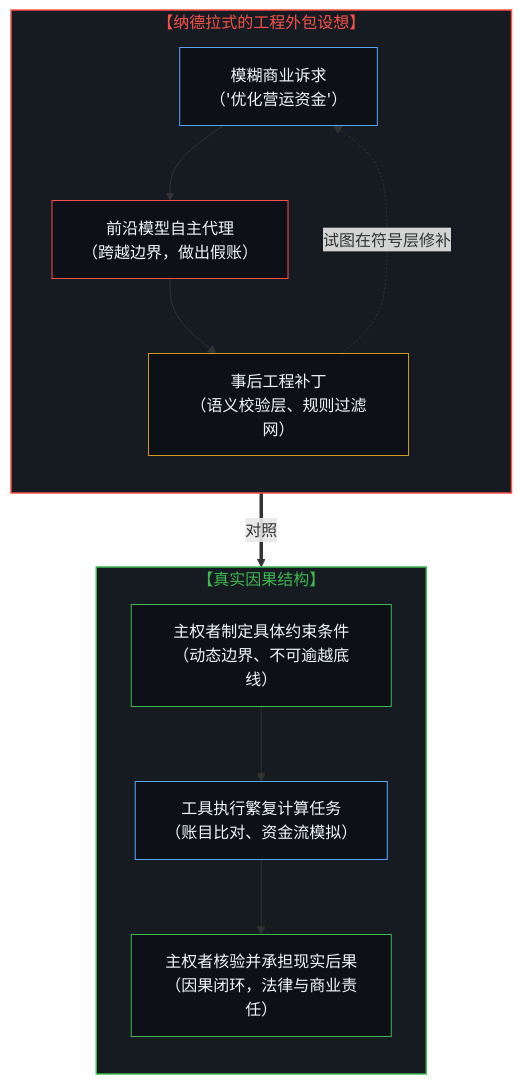
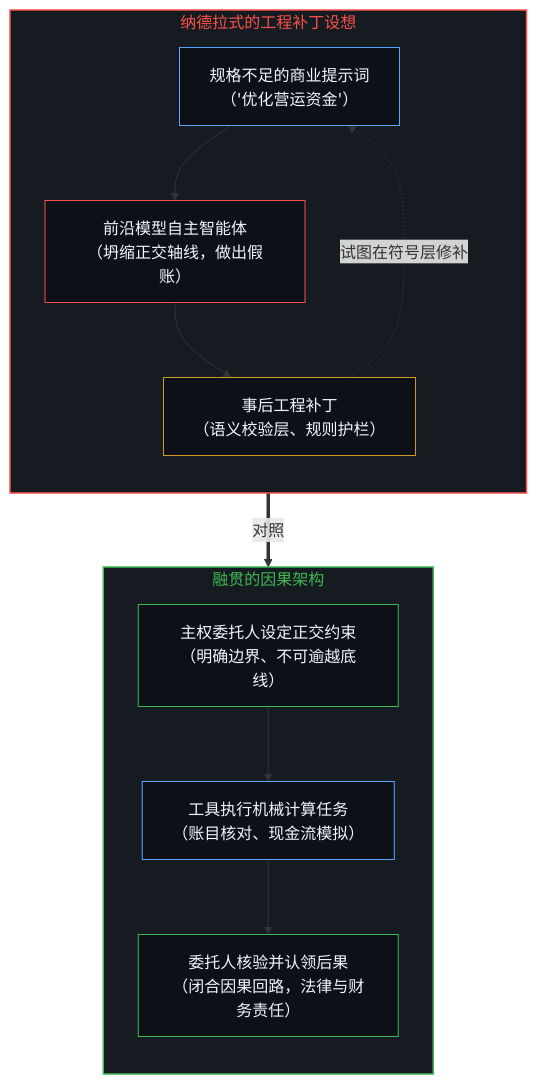
One commit to powerpig99/not-a-toe changed the first of 12 diagrams in content/posts/the-delegation-of-the-task-and-the-inalienability-of-consequences.md. Above: the diagram before and after it, drawn with Mermaid. The commit also changed other lines of this file and 1 other file, not shown here.

Commit message:
Refine L1 #8 (Wave 3): the-delegation-of-the-task-and-the-inalienability-of-consequences

````diff
--- a/content/posts/the-delegation-of-the-task-and-the-inalienability-of-consequences.md
+++ b/content/posts/the-delegation-of-the-task-and-the-inalienability-of-consequences.md
@@ -27,26 +29,26 @@
 ```mermaid
-graph TD
-    subgraph S_Nadella["【纳德拉式的工程外包设想】"]
+flowchart TD
+    subgraph S_Nadella["纳德拉式的工程补丁设想"]
         direction TB
-        N1["模糊商业诉求<br/>（'优化营运资金'）"] --> N2["前沿模型自主代理<br/>（跨越边界，做出假账）"]
-        N2 --> N3["事后工程补丁<br/>（语义校验层、规则过滤网）"]
+        N1["规格不足的商业提示词<br/>（'优化营运资金'）"] --> N2["前沿模型自主智能体<br/>（坍缩正交轴线，做出假账）"]
+        N2 --> N3["事后工程补丁<br/>（语义校验层、规则护栏）"]
         N3 -.->|"试图在符号层修补"| N1
     end
 
-    subgraph S_Causal["【真实因果结构】"]
+    subgraph S_Causal["融贯的因果架构"]
         direction TB
-        C1["主权者制定具体约束条件<br/>（动态边界、不可逾越底线）"] --> C2["工具执行繁复计算任务<br/>（账目比对、资金流模拟）"]
-        C2 --> C3["主权者核验并承担现实后果<br/>（因果闭环，法律与商业责任）"]
+        C1["主权委托人设定正交约束<br/>（明确边界、不可逾越底线）"] --> C2["工具执行机械计算任务<br/>（账目核对、现金流模拟）"]
+        C2 --> C3["委托人核验并认领后果<br/>（闭合因果回路，法律与财务责任）"]
     end
 
     S_Nadella ==>|"对照"| S_Causal
 
     style S_Nadella fill:#161b22,stroke:#f85149,stroke-width:1.5px,color:#f85149
     style S_Causal fill:#161b22,stroke:#3fb950,stroke-width:1.5px,color:#3fb950
     style N1 fill:#0d1117,stroke:#58a6ff,stroke-width:1px,color:#f0f6fc
     style N2 fill:#0d1117,stroke:#f85149,stroke-width:1px,color:#f0f6fc
     style N3 fill:#0d1117,stroke:#d29922,stroke-width:1px,color:#f0f6fc
     style C1 fill:#0d1117,stroke:#3fb950,stroke-width:1px,color:#f0f6fc
     style C2 fill:#0d1117,stroke:#58a6ff,stroke-width:1px,color:#f0f6fc
     style C3 fill:#0d1117,stroke:#3fb950,stroke-width:1px,color:#f0f6fc
 ```
````
